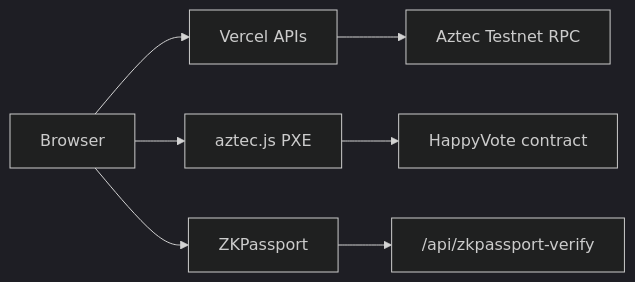
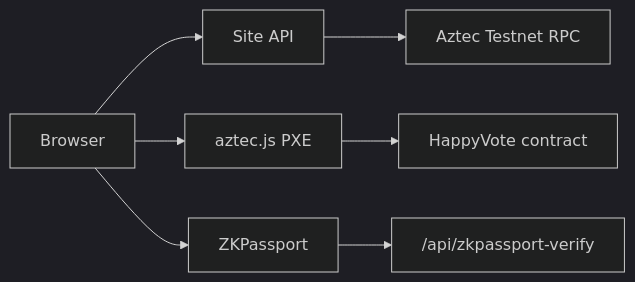
One commit to pittpv/happy-vote-aztec changed the diagram in README.md. Above: the diagram before and after it, drawn with Mermaid (dark theme). The commit also changed other lines of this file and 15 other files, not shown here.

First line of the commit message:
Describe the site host as server.mjs and drop Vercel.

````diff
--- a/README.md
+++ b/README.md
@@ -40,9 +40,9 @@
 ```mermaid
 flowchart LR
-  Browser --> APIs["Vercel APIs"]
+  Browser --> APIs["Site API"]
   Browser --> PXE["aztec.js PXE"]
   Browser --> ZKP[ZKPassport]
   APIs --> Node[Aztec Testnet RPC]
   PXE --> HV[HappyVote contract]
   ZKP --> Verify["/api/zkpassport-verify"]
 ```
````
